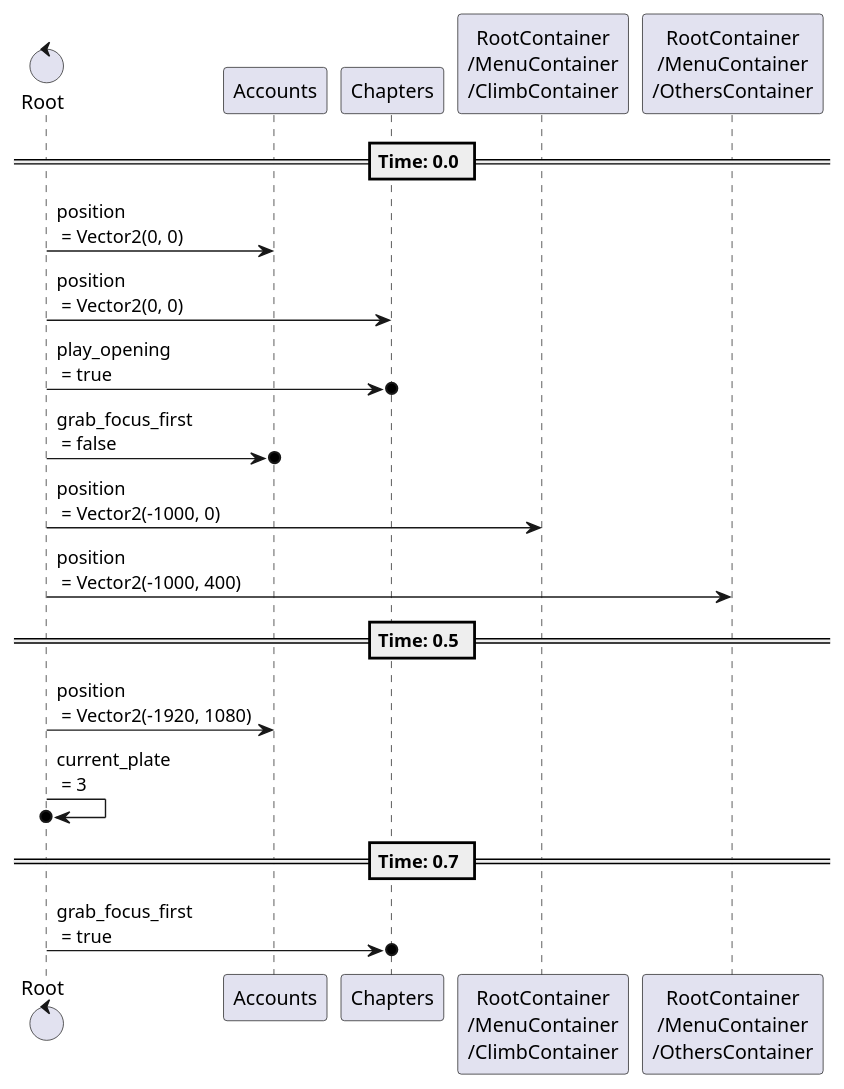
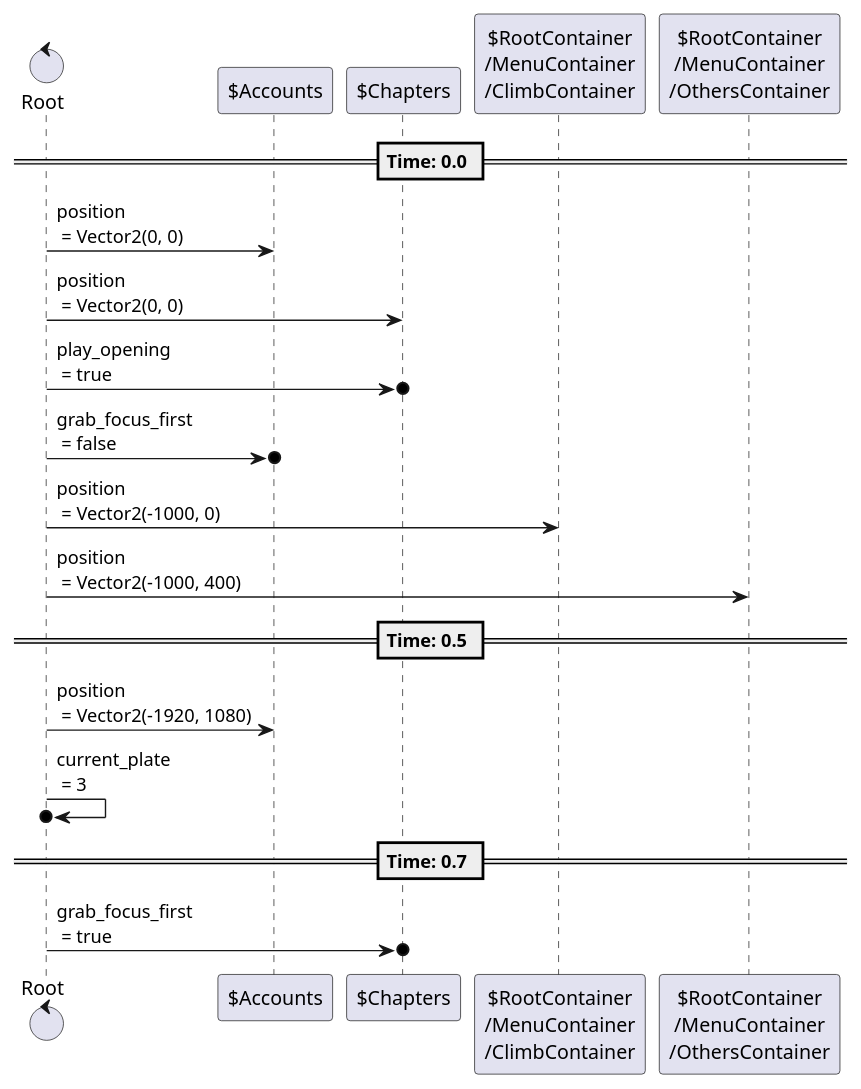
One commit to tkmfujise/Platformer-Game-Learning changed the fourth of 9 diagrams in content/scenes/src/beginning/menu/menu.tscn.adoc. Above: the diagram before and after it, drawn with PlantUML. The commit also changed other lines of this file and 31 other files, not shown here.

Commit message:
Add prefix $ to node name in animation sequences

```diff
--- a/content/scenes/src/beginning/menu/menu.tscn.adoc
+++ b/content/scenes/src/beginning/menu/menu.tscn.adoc
@@ -360,25 +360,25 @@
 [plantuml]
 ....
-control "Root" as Root
-participant "Accounts" as T0
-participant "Chapters" as T1
-participant "RootContainer\n/MenuContainer\n/ClimbContainer" as T5
-participant "RootContainer\n/MenuContainer\n/OthersContainer" as T6
+control "Root" as R
+participant "$Accounts" as T0
+participant "$Chapters" as T1
+participant "$RootContainer\n/MenuContainer\n/ClimbContainer" as T5
+participant "$RootContainer\n/MenuContainer\n/OthersContainer" as T6
 
 
 
 == Time: 0.0 ==
-Root  ->  T0 : position\n = Vector2(0, 0)
-Root  ->  T1 : position\n = Vector2(0, 0)
-Root  ->o  T1 : play_opening\n = true
-Root  ->o  T0 : grab_focus_first\n = false
-Root  ->  T5 : position\n = Vector2(-1000, 0)
-Root  ->  T6 : position\n = Vector2(-1000, 400)
+R  ->  T0 : position\n = Vector2(0, 0)
+R  ->  T1 : position\n = Vector2(0, 0)
+R  ->o  T1 : play_opening\n = true
+R  ->o  T0 : grab_focus_first\n = false
+R  ->  T5 : position\n = Vector2(-1000, 0)
+R  ->  T6 : position\n = Vector2(-1000, 400)
 == Time: 0.5 ==
-Root  ->  T0 : position\n = Vector2(-1920, 1080)
-Root  ->o  Root : current_plate\n = 3
+R  ->  T0 : position\n = Vector2(-1920, 1080)
+R  ->o  R : current_plate\n = 3
 == Time: 0.7 ==
-Root  ->o  T1 : grab_focus_first\n = true
+R  ->o  T1 : grab_focus_first\n = true
 
 
 ....
```
